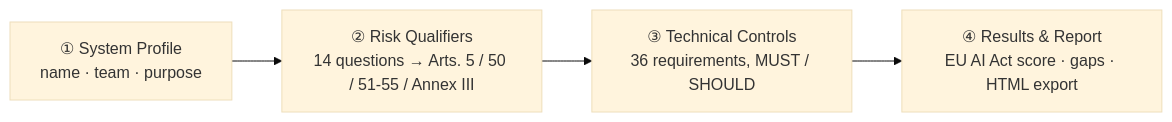
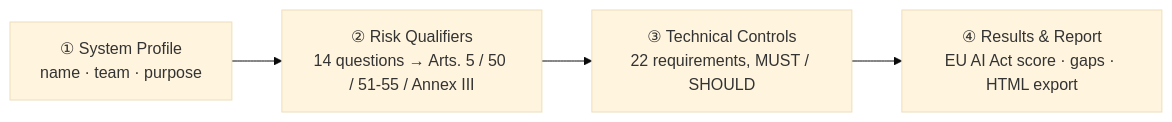
The first of 2 diagrams in README.md (Jeevan-0508/eu-ai-act-scanner), drawn with Mermaid (base theme) before and after one commit. The commit also changed other lines of this file, not shown here.

````diff
--- a/README.md
+++ b/README.md
@@ -41,6 +41,6 @@
 ```mermaid
 flowchart LR
     A["① System Profile\nname · team · purpose"] --> B["② Risk Qualifiers\n14 questions → Arts. 5 / 50 / 51-55 / Annex III"]
-    B --> C["③ Technical Controls\n36 requirements, MUST / SHOULD"]
+    B --> C["③ Technical Controls\n22 requirements, MUST / SHOULD"]
     C --> D["④ Results & Report\nEU AI Act score · gaps · HTML export"]
 ```
````
